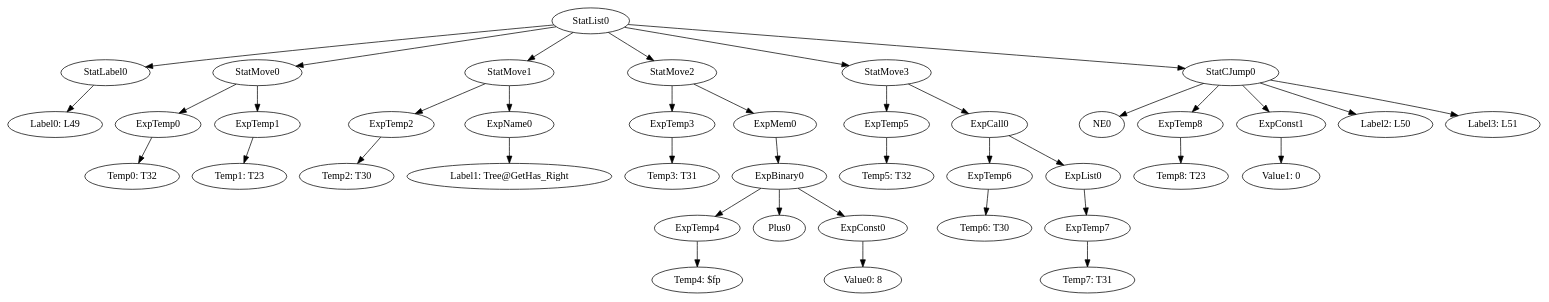
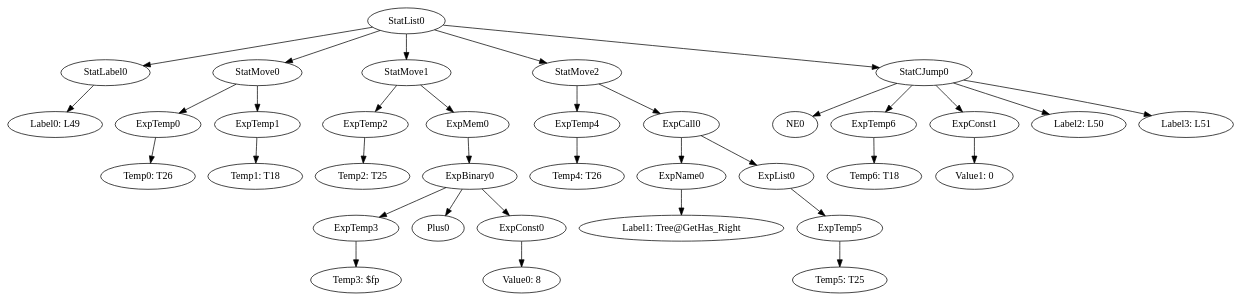
One commit to team-compilers/compilers changed the diagram in MiniJava/results/SamplesCorrect/BinaryTree/Tree@RemoveRight/blocks/1.gv. Above: the diagram before and after it, drawn with Graphviz. The commit also changed 6051 other files, not shown here.

```diff
--- a/MiniJava/results/SamplesCorrect/BinaryTree/Tree@RemoveRight/blocks/1.gv
+++ b/MiniJava/results/SamplesCorrect/BinaryTree/Tree@RemoveRight/blocks/1.gv
@@ -1,42 +1,37 @@
 digraph {
 	ordering = out;
-	ExpConst1 -> "Value1: 0";
+	ExpTemp6 -> "Temp6: T18";
+	StatCJump0 -> NE0;
+	StatCJump0 -> ExpTemp6;
+	StatCJump0 -> ExpConst1;
+	StatCJump0 -> "Label2: L50";
+	StatCJump0 -> "Label3: L51";
+	ExpList0 -> ExpTemp5;
+	ExpTemp5 -> "Temp5: T25";
 	ExpName0 -> "Label1: Tree@GetHas_Right";
-	StatMove2 -> ExpTemp3;
-	StatMove2 -> ExpMem0;
-	ExpTemp2 -> "Temp2: T30";
-	ExpTemp3 -> "Temp3: T31";
-	StatLabel0 -> "Label0: L49";
+	ExpCall0 -> ExpName0;
+	ExpCall0 -> ExpList0;
+	ExpTemp4 -> "Temp4: T26";
+	ExpMem0 -> ExpBinary0;
+	StatMove0 -> ExpTemp0;
+	StatMove0 -> ExpTemp1;
+	ExpBinary0 -> ExpTemp3;
+	ExpBinary0 -> Plus0;
+	ExpBinary0 -> ExpConst0;
+	ExpTemp0 -> "Temp0: T26";
 	StatList0 -> StatLabel0;
 	StatList0 -> StatMove0;
 	StatList0 -> StatMove1;
 	StatList0 -> StatMove2;
-	StatList0 -> StatMove3;
 	StatList0 -> StatCJump0;
-	ExpTemp0 -> "Temp0: T32";
-	StatMove0 -> ExpTemp0;
-	StatMove0 -> ExpTemp1;
-	ExpTemp7 -> "Temp7: T31";
-	ExpTemp4 -> "Temp4: $fp";
-	ExpCall0 -> ExpTemp6;
-	ExpCall0 -> ExpList0;
-	ExpBinary0 -> ExpTemp4;
-	ExpBinary0 -> Plus0;
-	ExpBinary0 -> ExpConst0;
+	StatLabel0 -> "Label0: L49";
+	StatMove2 -> ExpTemp4;
+	StatMove2 -> ExpCall0;
+	ExpTemp2 -> "Temp2: T25";
+	ExpTemp3 -> "Temp3: $fp";
 	ExpConst0 -> "Value0: 8";
-	ExpMem0 -> ExpBinary0;
-	ExpTemp1 -> "Temp1: T23";
-	ExpTemp5 -> "Temp5: T32";
-	StatMove3 -> ExpTemp5;
-	StatMove3 -> ExpCall0;
-	ExpTemp6 -> "Temp6: T30";
-	ExpList0 -> ExpTemp7;
+	ExpTemp1 -> "Temp1: T18";
+	ExpConst1 -> "Value1: 0";
 	StatMove1 -> ExpTemp2;
-	StatMove1 -> ExpName0;
-	ExpTemp8 -> "Temp8: T23";
-	StatCJump0 -> NE0;
-	StatCJump0 -> ExpTemp8;
-	StatCJump0 -> ExpConst1;
-	StatCJump0 -> "Label2: L50";
-	StatCJump0 -> "Label3: L51";
+	StatMove1 -> ExpMem0;
 }
```
